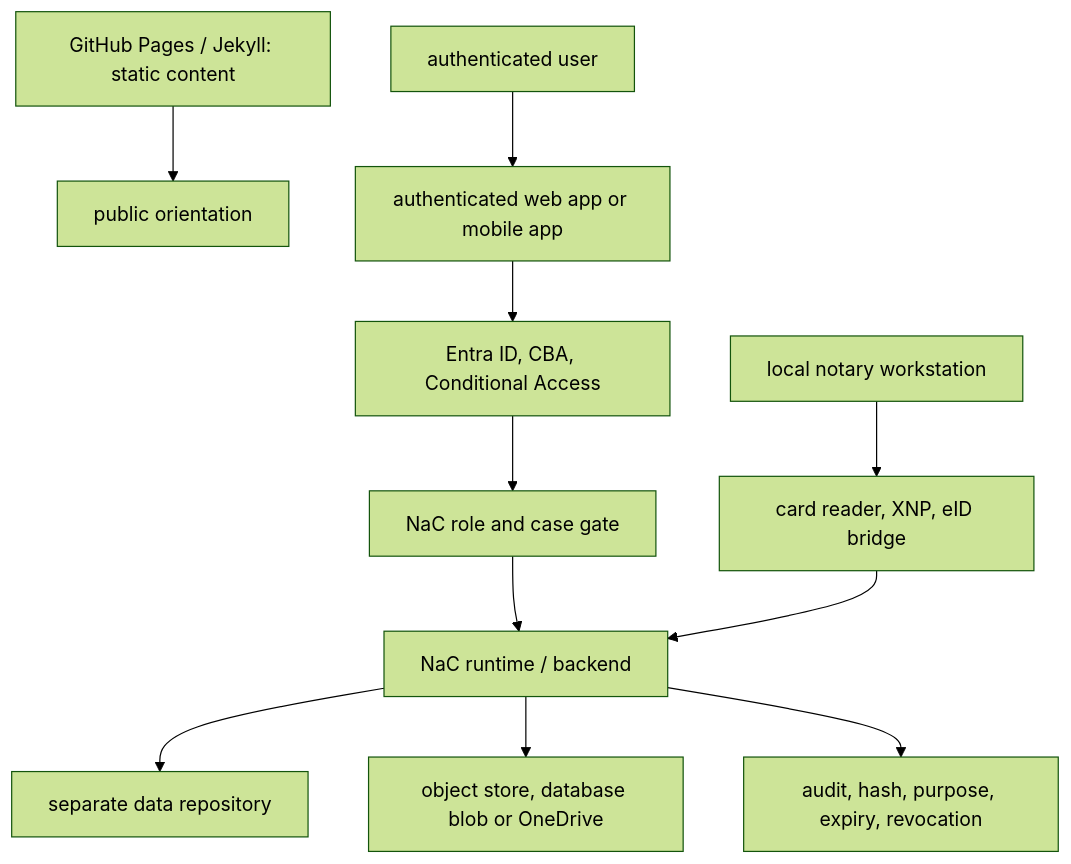
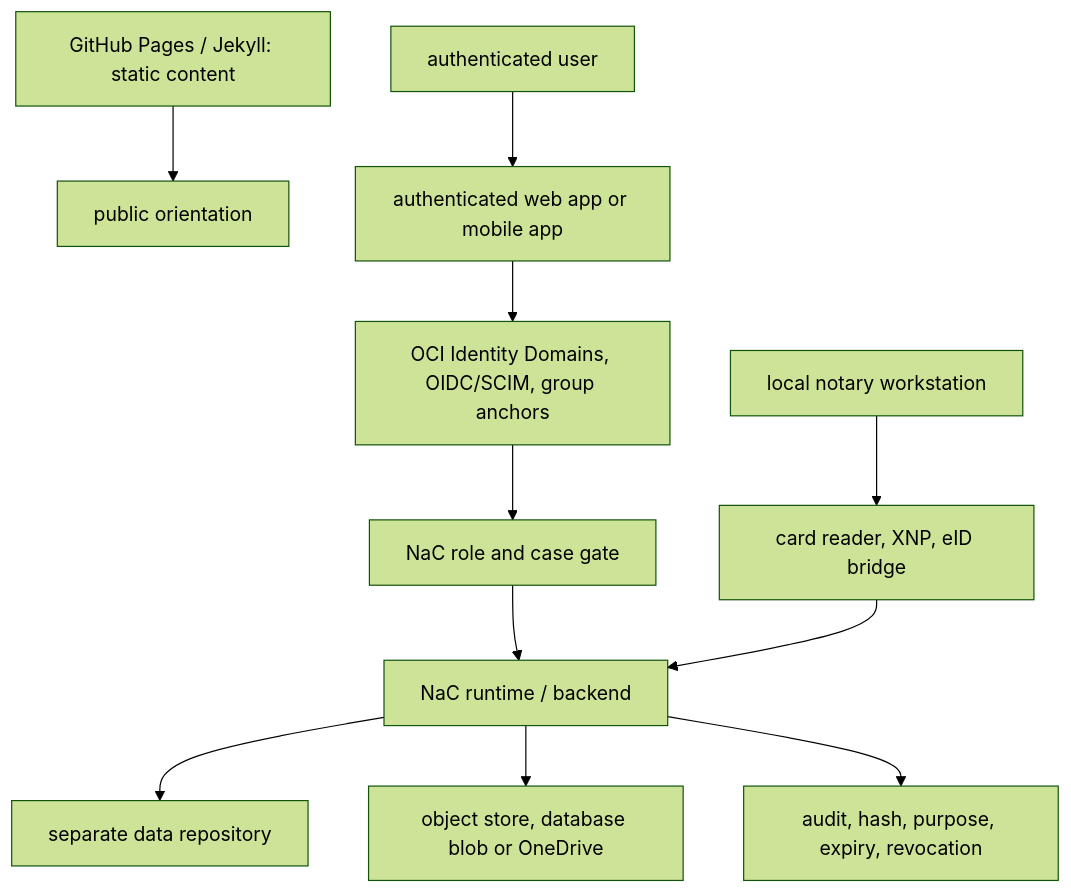
The diagram in docs/en/authenticated-webapp-operating-model.md (notariat8/NaC), drawn with Mermaid (forest theme) before and after one commit. The commit also changed other lines of this file and 25 other files, not shown here.

Commit message:
feat: add oci tenant identity dry run

````diff
--- a/docs/en/authenticated-webapp-operating-model.md
+++ b/docs/en/authenticated-webapp-operating-model.md
@@ -29,13 +29,13 @@
 ```mermaid
 flowchart TD
     Static["GitHub Pages / Jekyll: static content"] --> Public["public orientation"]
     User["authenticated user"] --> AuthApp["authenticated web app or mobile app"]
-    AuthApp --> Entra["Entra ID, CBA, Conditional Access"]
-    Entra --> NacRole["NaC role and case gate"]
+    AuthApp --> OciIdp["OCI Identity Domains, OIDC/SCIM, group anchors"]
+    OciIdp --> NacRole["NaC role and case gate"]
     NacRole --> Runtime["NaC runtime / backend"]
     Runtime --> DataRepo["separate data repository"]
     Runtime --> Storage["object store, database blob or OneDrive"]
     Runtime --> Audit["audit, hash, purpose, expiry, revocation"]
     Workstation["local notary workstation"] --> Card["card reader, XNP, eID bridge"]
     Card --> Runtime
 ```
````
